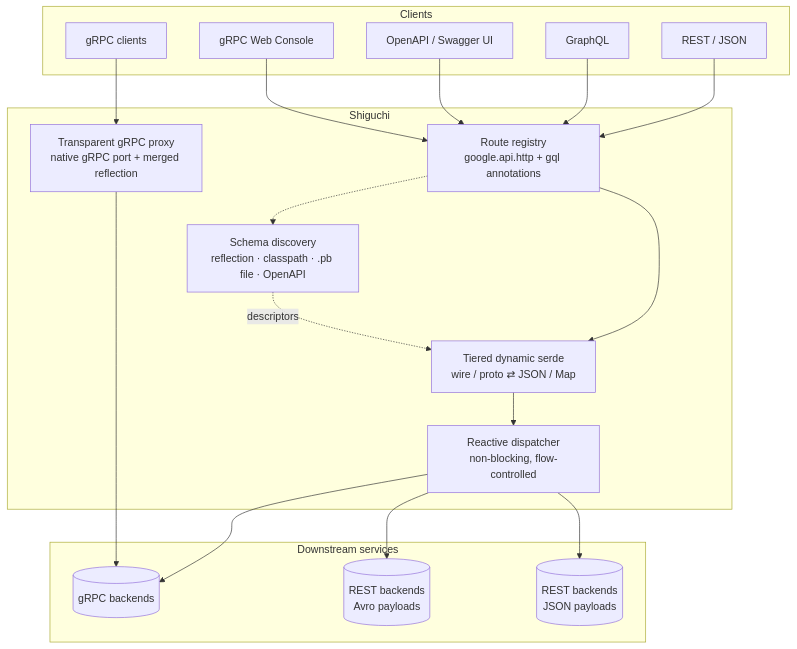
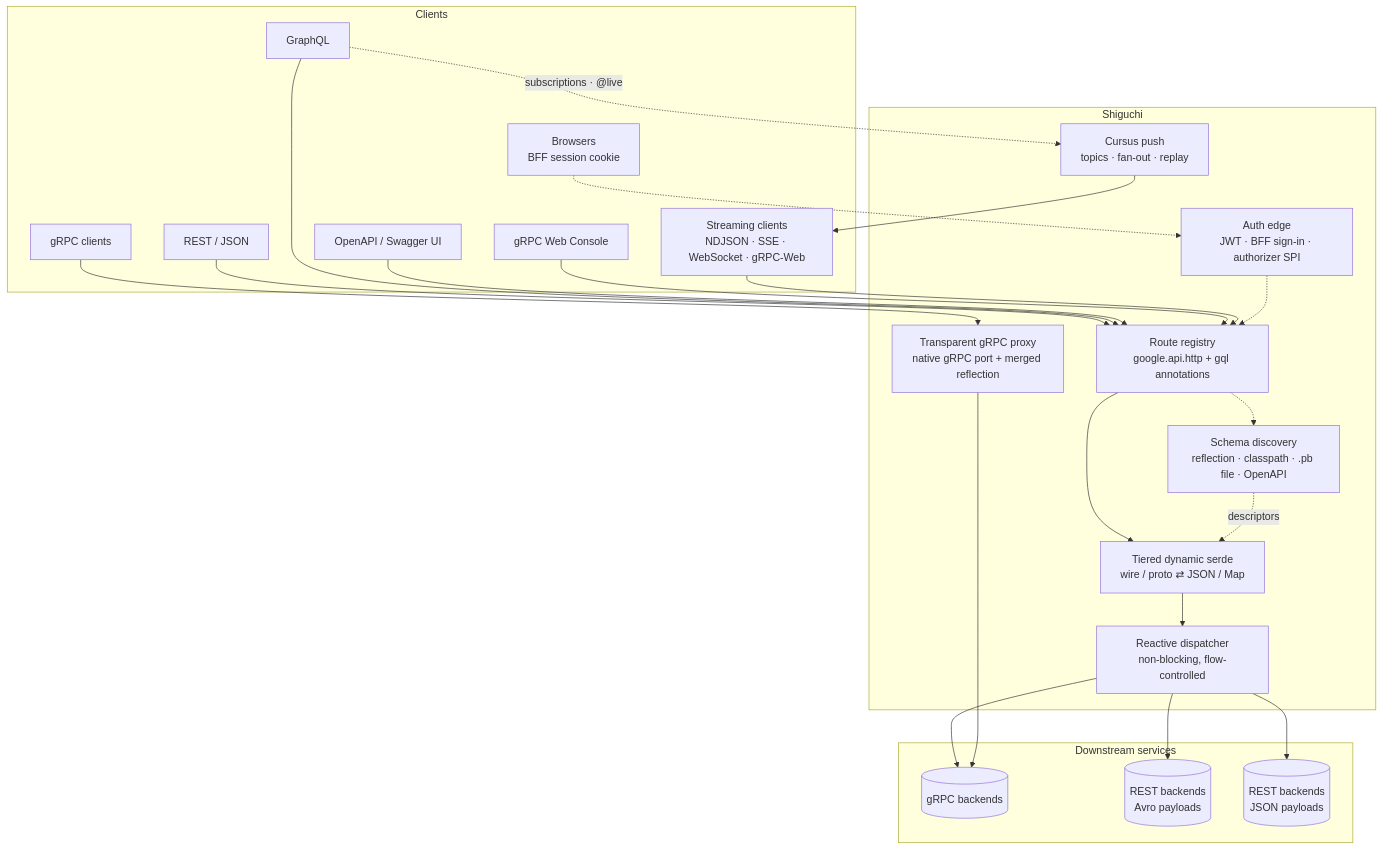
Before and after one commit to appiaworks/shiguchi: the first of 2 diagrams in README.md, drawn with Mermaid. The commit also changed other lines of this file, not shown here.

Commit message:
docs(readme): one-proto-three-calls showcase, streaming and auth edges in the diagram, request-flow sequence

````diff
--- a/README.md
+++ b/README.md
@@ -71,38 +94,47 @@
 ```mermaid
 flowchart TB
     subgraph clients [Clients]
         R[REST / JSON]
         G[GraphQL]
         O[OpenAPI / Swagger UI]
         U[gRPC Web Console]
         P[gRPC clients]
+        S[Streaming clients<br/>NDJSON · SSE · WebSocket · gRPC-Web]
+        W[Browsers<br/>BFF session cookie]
     end
 
     subgraph gateway [Shiguchi]
         route[Route registry<br/>google.api.http + gql annotations]
         serde[Tiered dynamic serde<br/>wire / proto ⇄ JSON / Map]
         disp[Reactive dispatcher<br/>non-blocking, flow-controlled]
         proxy[Transparent gRPC proxy<br/>native gRPC port + merged reflection]
+        auth[Auth edge<br/>JWT · BFF sign-in · authorizer SPI]
+        push[Cursus push<br/>topics · fan-out · replay]
         disco[Schema discovery<br/>reflection · classpath · .pb file · OpenAPI]
     end
 
     subgraph downstream [Downstream services]
         B[(gRPC backends)]
         A[(REST backends<br/>Avro payloads)]
         H[(REST backends<br/>JSON payloads)]
     end
 
     R --> route
     G --> route
     O --> route
     U --> route
     P --> proxy
+    S --> route
+    W -.-> auth
+    auth -.-> route
+    G -. subscriptions · @live .-> push
+    push --> S
     route --> serde
     serde --> disp
     disp --> B
     disp --> A
     disp --> H
     proxy --> B
     route -.-> disco
     disco -.descriptors.-> serde
 ```
````
